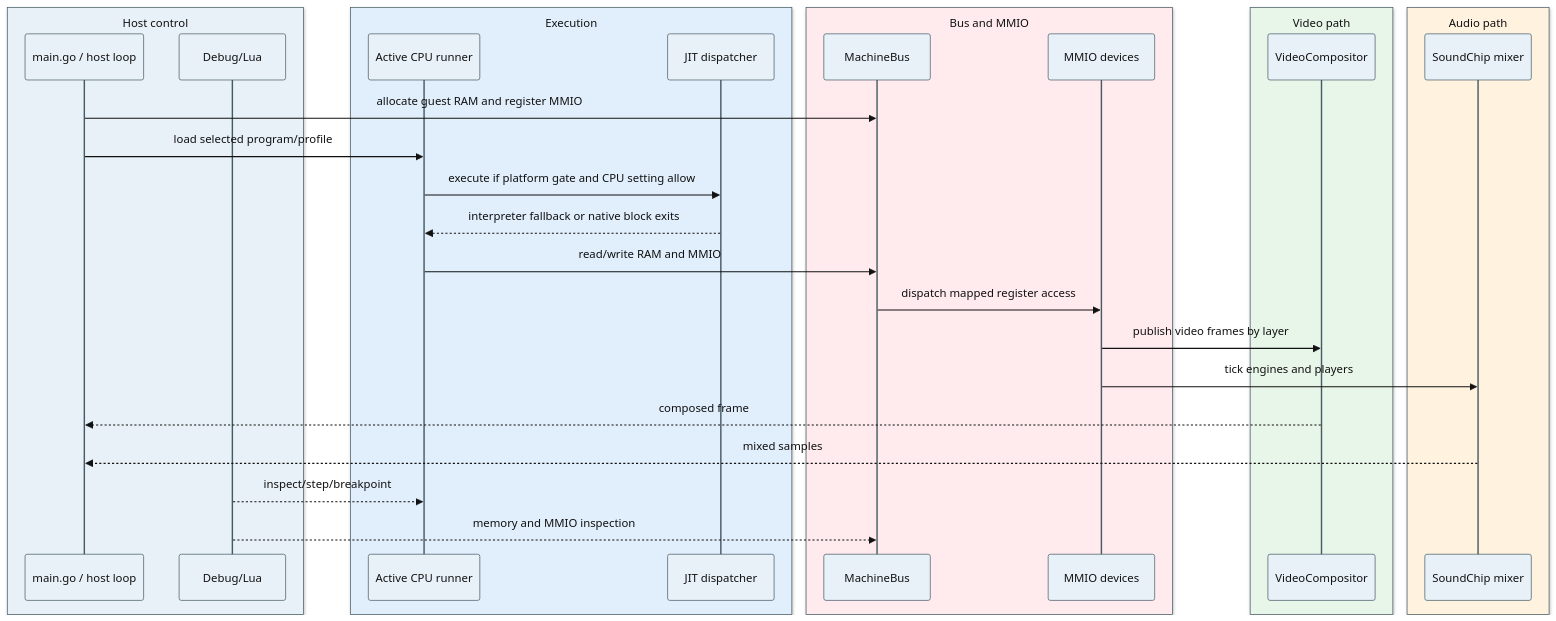
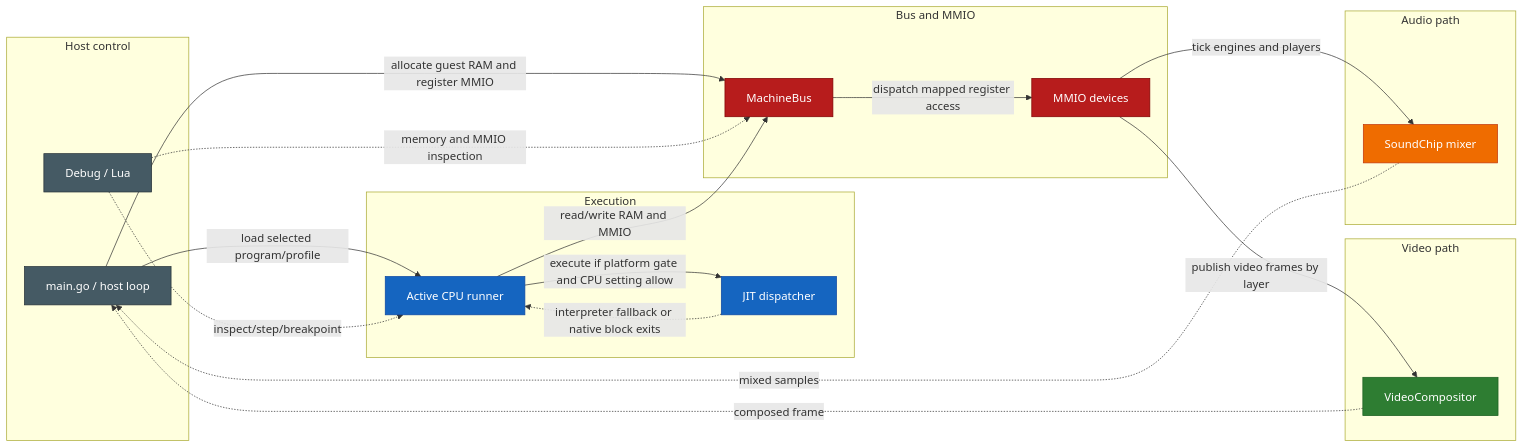
Before and after one commit to IntuitionAmiga/IntuitionEngine: the fourth of 12 diagrams in sdk/docs/architecture.md, drawn with Mermaid.

Commit message:
Architecture docs refresh with mermaid diagrams

````diff
--- a/sdk/docs/architecture.md
+++ b/sdk/docs/architecture.md
@@ -376,35 +376,50 @@
 ```mermaid
-%%{init: {'theme': 'base', 'themeVariables': {'primaryColor': '#E8F1F8', 'primaryBorderColor': '#455A64', 'primaryTextColor': '#111111', 'actorBkg': '#E8F1F8', 'actorBorder': '#455A64', 'actorTextColor': '#111111', 'activationBkgColor': '#FFF3E0', 'activationBorderColor': '#EF6C00', 'sequenceNumberColor': '#111111'}}}%%
-sequenceDiagram
-    box rgb(232, 241, 248) Host control
-        participant Host as main.go / host loop
-        participant Debug as Debug/Lua
-    end
-    box rgb(225, 238, 251) Execution
-        participant CPU as Active CPU runner
-        participant JIT as JIT dispatcher
-    end
-    box rgb(255, 235, 238) Bus and MMIO
-        participant Bus as MachineBus
-        participant Dev as MMIO devices
-    end
-    box rgb(232, 245, 233) Video path
-        participant Video as VideoCompositor
-    end
-    box rgb(255, 243, 224) Audio path
-        participant Audio as SoundChip mixer
+flowchart LR
+    subgraph HOSTFLOW["Host control"]
+        HOSTLOOP["main.go / host loop"]
+        DEBUGFLOW["Debug / Lua"]
     end
 
-    Host->>Bus: allocate guest RAM and register MMIO
-    Host->>CPU: load selected program/profile
-    CPU->>JIT: execute if platform gate and CPU setting allow
-    JIT-->>CPU: interpreter fallback or native block exits
-    CPU->>Bus: read/write RAM and MMIO
-    Bus->>Dev: dispatch mapped register access
-    Dev->>Video: publish video frames by layer
-    Dev->>Audio: tick engines and players
-    Video-->>Host: composed frame
-    Audio-->>Host: mixed samples
-    Debug-->>CPU: inspect/step/breakpoint
-    Debug-->>Bus: memory and MMIO inspection
+    subgraph EXECFLOW["Execution"]
+        CPUFLOW["Active CPU runner"]
+        JITFLOW["JIT dispatcher"]
+    end
+
+    subgraph BUSFLOW["Bus and MMIO"]
+        BUSFLOWNODE["MachineBus"]
+        DEVFLOW["MMIO devices"]
+    end
+
+    subgraph VIDEOFLOW["Video path"]
+        VIDEOOUT["VideoCompositor"]
+    end
+
+    subgraph AUDIOFLOW["Audio path"]
+        AUDIOOUT["SoundChip mixer"]
+    end
+
+    HOSTLOOP -->|"allocate guest RAM and register MMIO"| BUSFLOWNODE
+    HOSTLOOP -->|"load selected program/profile"| CPUFLOW
+    CPUFLOW -->|"execute if platform gate and CPU setting allow"| JITFLOW
+    JITFLOW -. "interpreter fallback or native block exits" .-> CPUFLOW
+    CPUFLOW -->|"read/write RAM and MMIO"| BUSFLOWNODE
+    BUSFLOWNODE -->|"dispatch mapped register access"| DEVFLOW
+    DEVFLOW -->|"publish video frames by layer"| VIDEOOUT
+    DEVFLOW -->|"tick engines and players"| AUDIOOUT
+    VIDEOOUT -. "composed frame" .-> HOSTLOOP
+    AUDIOOUT -. "mixed samples" .-> HOSTLOOP
+    DEBUGFLOW -. "inspect/step/breakpoint" .-> CPUFLOW
+    DEBUGFLOW -. "memory and MMIO inspection" .-> BUSFLOWNODE
+
+    classDef host fill:#455A64,stroke:#263238,color:#fff
+    classDef cpu fill:#1565C0,stroke:#0D47A1,color:#fff
+    classDef bus fill:#B71C1C,stroke:#7F0000,color:#fff
+    classDef video fill:#2E7D32,stroke:#1B5E20,color:#fff
+    classDef audio fill:#EF6C00,stroke:#BF360C,color:#fff
+
+    class HOSTLOOP,DEBUGFLOW host
+    class CPUFLOW,JITFLOW cpu
+    class BUSFLOWNODE,DEVFLOW bus
+    class VIDEOOUT video
+    class AUDIOOUT audio
 ```
````
